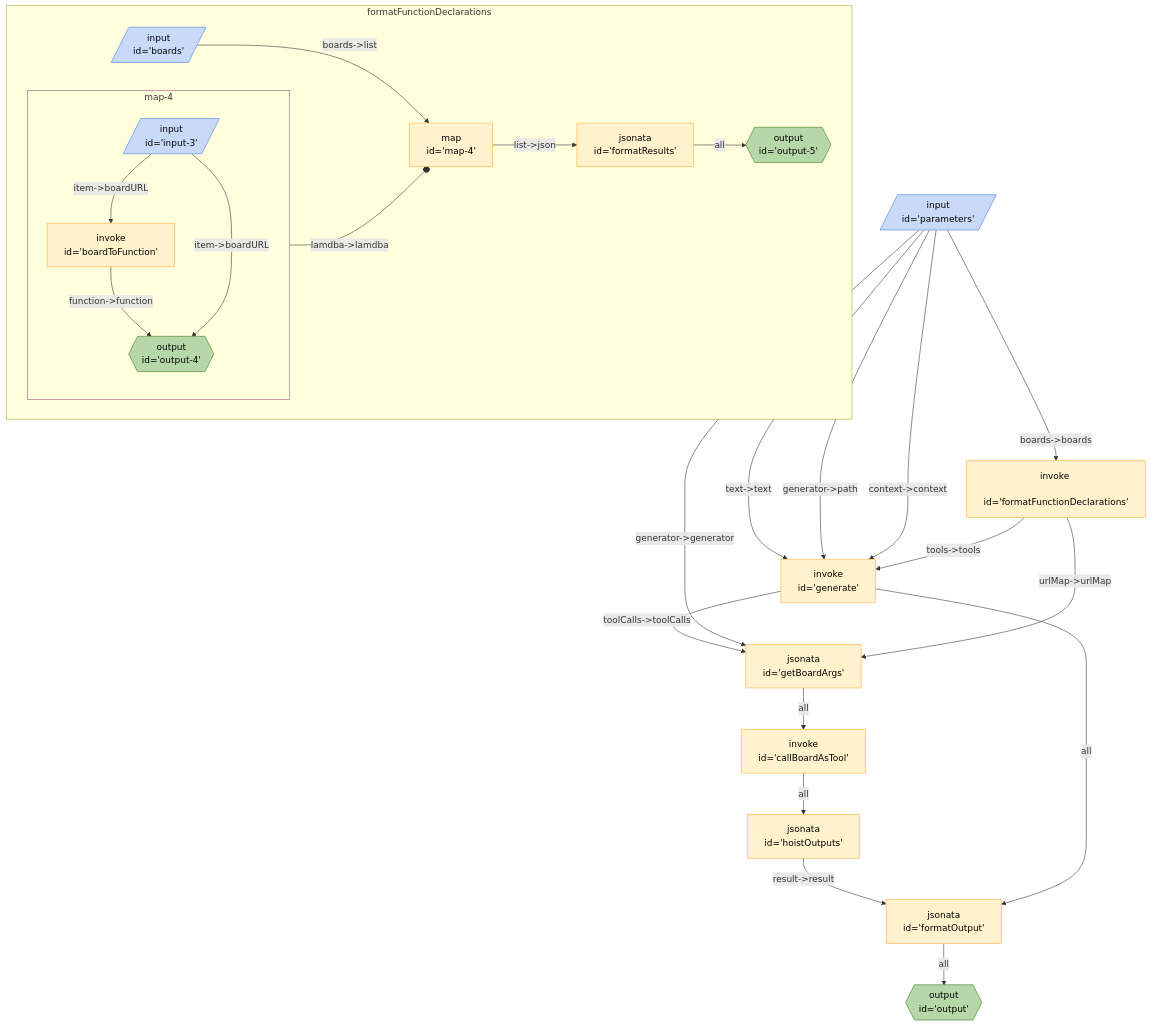
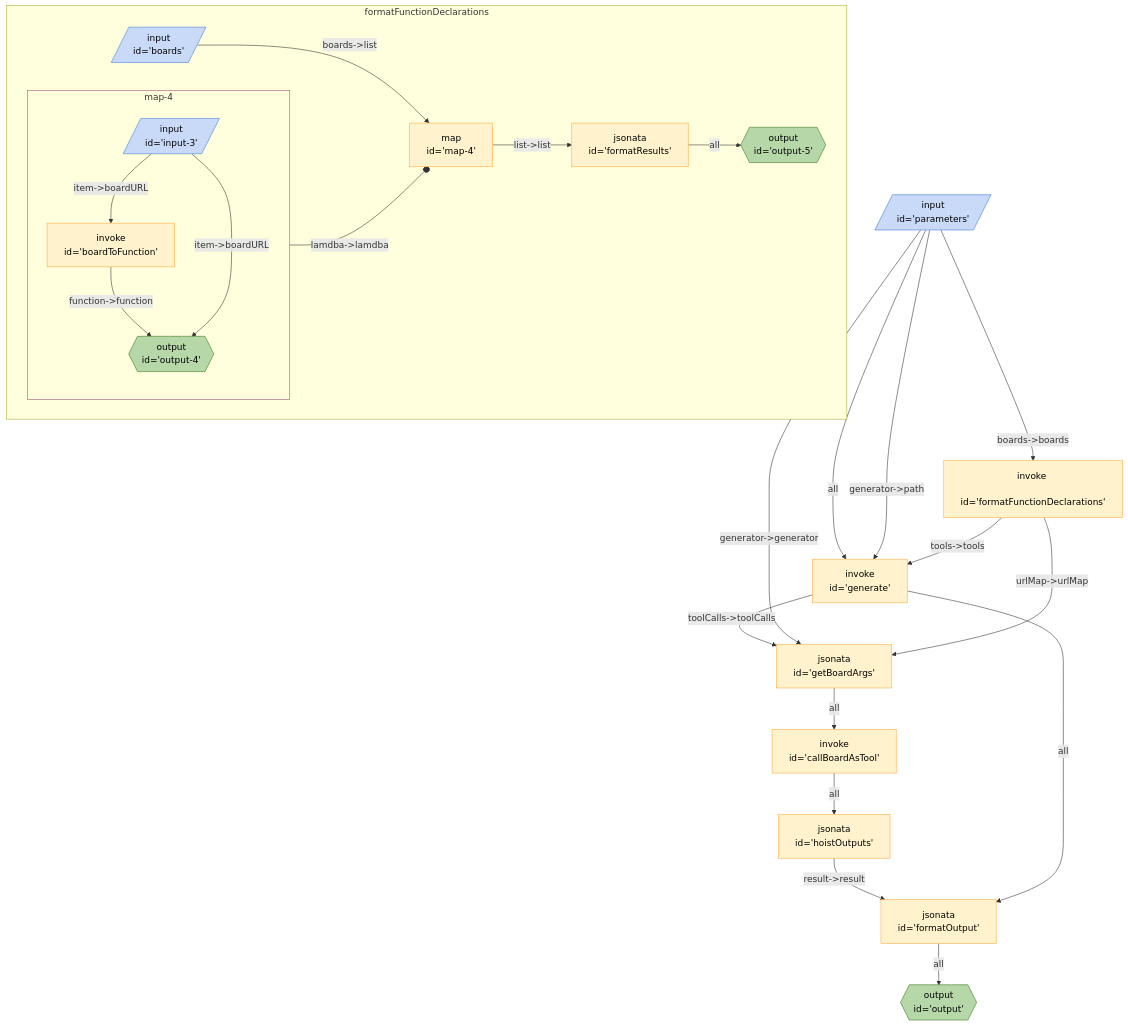
Before and after one commit to breadboard-ai/breadboard: the diagram in packages/breadboard-web/docs/graphs/board-caller.md, drawn with Mermaid. The commit also changed 2 other files, not shown here.

Commit message:
minor tweaks

````diff
--- a/packages/breadboard-web/docs/graphs/board-caller.md
+++ b/packages/breadboard-web/docs/graphs/board-caller.md
@@ -3,39 +3,38 @@
 ```mermaid
 %%{init: 'themeVariables': { 'fontFamily': 'Fira Code, monospace' }}%%
 graph TD;
 formatOutput["jsonata <br> id='formatOutput'"] -- all --> output{{"output <br> id='output'"}}:::output
 hoistOutputs["jsonata <br> id='hoistOutputs'"] -- "result->result" --> formatOutput["jsonata <br> id='formatOutput'"]
 generate["invoke <br> id='generate'"] -- "toolCalls->toolCalls" --> getBoardArgs["jsonata <br> id='getBoardArgs'"]
 generate["invoke <br> id='generate'"] -- all --> formatOutput["jsonata <br> id='formatOutput'"]
 callBoardAsTool["invoke <br> id='callBoardAsTool'"] -- all --> hoistOutputs["jsonata <br> id='hoistOutputs'"]
 parameters[/"input <br> id='parameters'"/]:::input -- "boards->boards" --> formatFunctionDeclarations["invoke <br> id='formatFunctionDeclarations'"]
-parameters[/"input <br> id='parameters'"/]:::input -- "text->text" --> generate["invoke <br> id='generate'"]
+parameters[/"input <br> id='parameters'"/]:::input -- all --> generate["invoke <br> id='generate'"]
 parameters[/"input <br> id='parameters'"/]:::input -- "generator->path" --> generate["invoke <br> id='generate'"]
-parameters[/"input <br> id='parameters'"/]:::input -- "context->context" --> generate["invoke <br> id='generate'"]
 parameters[/"input <br> id='parameters'"/]:::input -- "generator->generator" --> getBoardArgs["jsonata <br> id='getBoardArgs'"]
 formatFunctionDeclarations["invoke <br> id='formatFunctionDeclarations'"] -- "tools->tools" --> generate["invoke <br> id='generate'"]
 formatFunctionDeclarations["invoke <br> id='formatFunctionDeclarations'"] -- "urlMap->urlMap" --> getBoardArgs["jsonata <br> id='getBoardArgs'"]
 getBoardArgs["jsonata <br> id='getBoardArgs'"] -- all --> callBoardAsTool["invoke <br> id='callBoardAsTool'"]
 
 subgraph sg_formatFunctionDeclarations [formatFunctionDeclarations]
 formatFunctionDeclarations_formatResults["jsonata <br> id='formatResults'"] -- all --> formatFunctionDeclarations_output5{{"output <br> id='output-5'"}}:::output
-formatFunctionDeclarations_map4["map <br> id='map-4'"] -- "list->json" --> formatFunctionDeclarations_formatResults["jsonata <br> id='formatResults'"]
+formatFunctionDeclarations_map4["map <br> id='map-4'"] -- "list->list" --> formatFunctionDeclarations_formatResults["jsonata <br> id='formatResults'"]
 subgraph sg_map4 [map-4]
 formatFunctionDeclarations_map4_boardToFunction["invoke <br> id='boardToFunction'"] -- "function->function" --> formatFunctionDeclarations_map4_output4{{"output <br> id='output-4'"}}:::output
 formatFunctionDeclarations_map4_input3[/"input <br> id='input-3'"/]:::input -- "item->boardURL" --> formatFunctionDeclarations_map4_boardToFunction["invoke <br> id='boardToFunction'"]
 formatFunctionDeclarations_map4_input3[/"input <br> id='input-3'"/]:::input -- "item->boardURL" --> formatFunctionDeclarations_map4_output4{{"output <br> id='output-4'"}}:::output
 end
 sg_map4:::slotted -- "lamdba->lamdba" --o formatFunctionDeclarations_map4
 
 formatFunctionDeclarations_boards[/"input <br> id='boards'"/]:::input -- "boards->list" --> formatFunctionDeclarations_map4["map <br> id='map-4'"]
 end
 
 classDef default stroke:#ffab40,fill:#fff2ccff,color:#000
 classDef input stroke:#3c78d8,fill:#c9daf8ff,color:#000
 classDef output stroke:#38761d,fill:#b6d7a8ff,color:#000
 classDef passthrough stroke:#a64d79,fill:#ead1dcff,color:#000
 classDef slot stroke:#a64d79,fill:#ead1dcff,color:#000
 classDef config stroke:#a64d79,fill:#ead1dcff,color:#000
 classDef secrets stroke:#db4437,fill:#f4cccc,color:#000
 classDef slotted stroke:#a64d79
 ```
````
